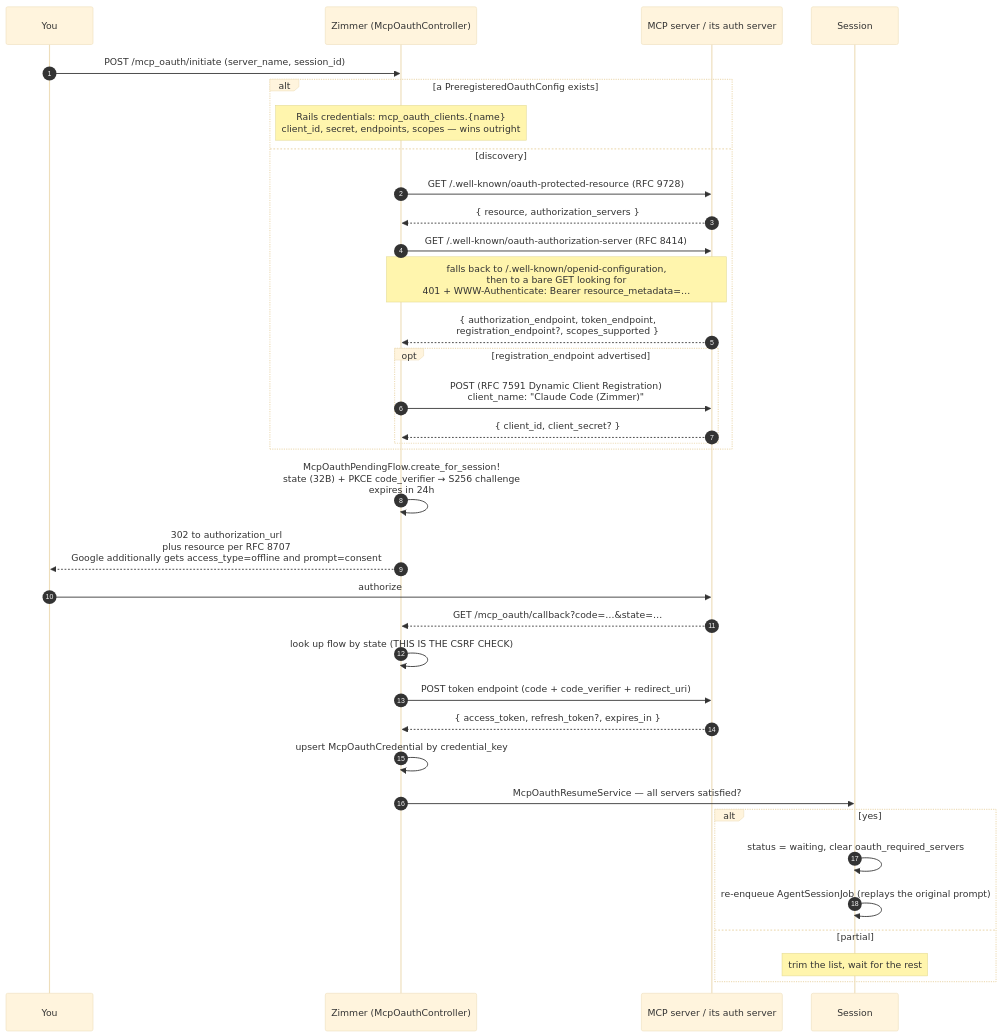
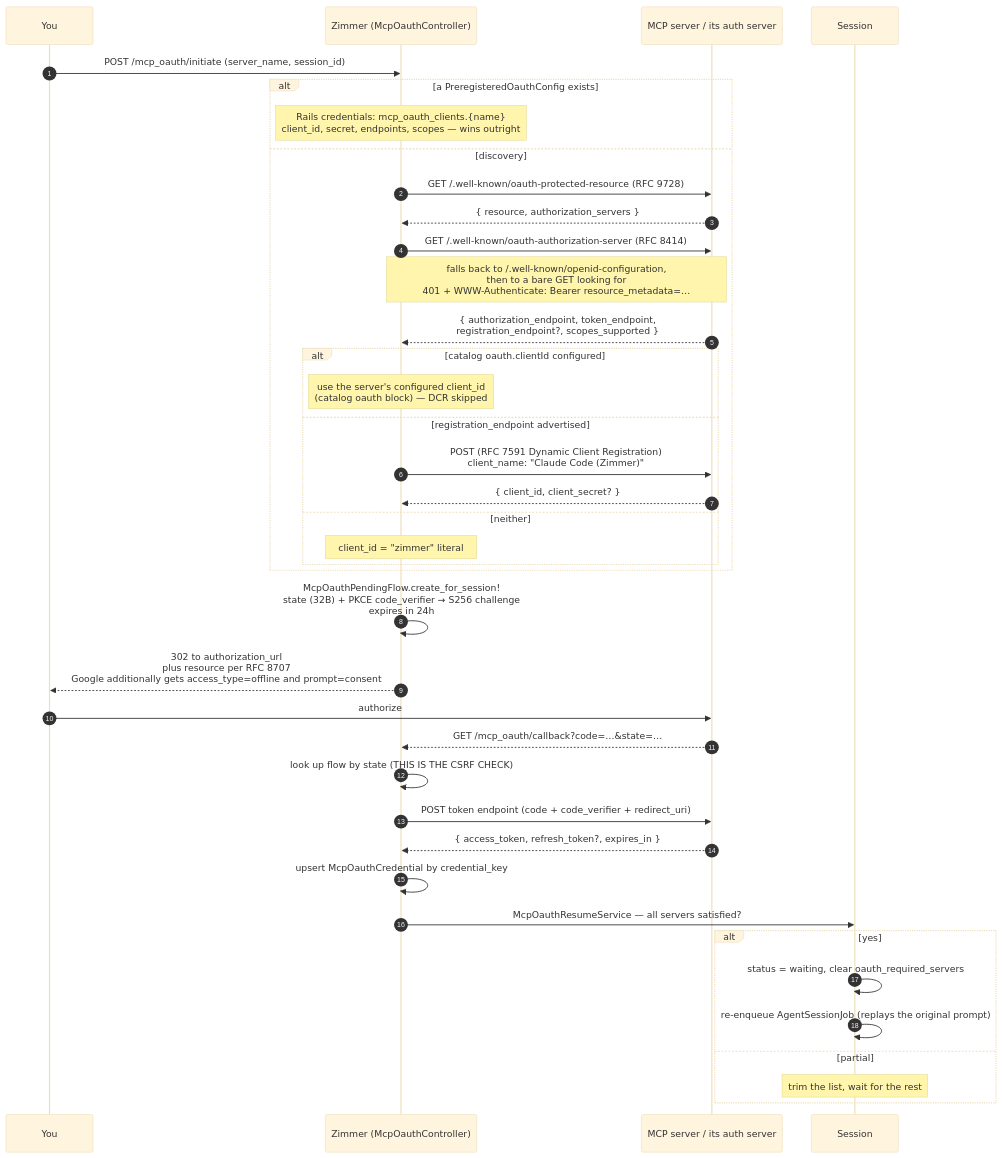
The second of 2 diagrams in docs/src/content/docs/auth/mcp-oauth.md (tadasant/zimmer), drawn with Mermaid (base theme) before and after one commit. The commit also changed other lines of this file and 9 other files, not shown here.

First line of the commit message:
fix(mcp-oauth): honor a server's statically-configured client id (#209)

````diff
--- a/docs/src/content/docs/auth/mcp-oauth.md
+++ b/docs/src/content/docs/auth/mcp-oauth.md
@@ -52,38 +52,42 @@
 ```mermaid
 sequenceDiagram
     autonumber
     participant U as You
     participant Z as Zimmer (McpOauthController)
     participant AS as MCP server / its auth server
     participant S as Session
 
     U->>Z: POST /mcp_oauth/initiate (server_name, session_id)
     alt a PreregisteredOauthConfig exists
         Note over Z: Rails credentials: mcp_oauth_clients.{name}<br/>client_id, secret, endpoints, scopes — wins outright
     else discovery
         Z->>AS: GET /.well-known/oauth-protected-resource (RFC 9728)
         AS-->>Z: { resource, authorization_servers }
         Z->>AS: GET /.well-known/oauth-authorization-server (RFC 8414)
         Note over Z,AS: falls back to /.well-known/openid-configuration,<br/>then to a bare GET looking for<br/>401 + WWW-Authenticate: Bearer resource_metadata=…
         AS-->>Z: { authorization_endpoint, token_endpoint,<br/>registration_endpoint?, scopes_supported }
-        opt registration_endpoint advertised
+        alt catalog oauth.clientId configured
+            Note over Z: use the server's configured client_id<br/>(catalog oauth block) — DCR skipped
+        else registration_endpoint advertised
             Z->>AS: POST (RFC 7591 Dynamic Client Registration)<br/>client_name: "Claude Code (Zimmer)"
             AS-->>Z: { client_id, client_secret? }
+        else neither
+            Note over Z: client_id = "zimmer" literal
         end
     end
     Z->>Z: McpOauthPendingFlow.create_for_session!<br/>state (32B) + PKCE code_verifier → S256 challenge<br/>expires in 24h
     Z-->>U: 302 to authorization_url<br/>plus resource per RFC 8707<br/>Google additionally gets access_type=offline and prompt=consent
     U->>AS: authorize
     AS-->>Z: GET /mcp_oauth/callback?code=…&state=…
     Z->>Z: look up flow by state (THIS IS THE CSRF CHECK)
     Z->>AS: POST token endpoint (code + code_verifier + redirect_uri)
     AS-->>Z: { access_token, refresh_token?, expires_in }
     Z->>Z: upsert McpOauthCredential by credential_key
     Z->>S: McpOauthResumeService — all servers satisfied?
     alt yes
         S->>S: status = waiting, clear oauth_required_servers
         S->>S: re-enqueue AgentSessionJob (replays the original prompt)
     else partial
         Note over S: trim the list, wait for the rest
     end
 ```
````
